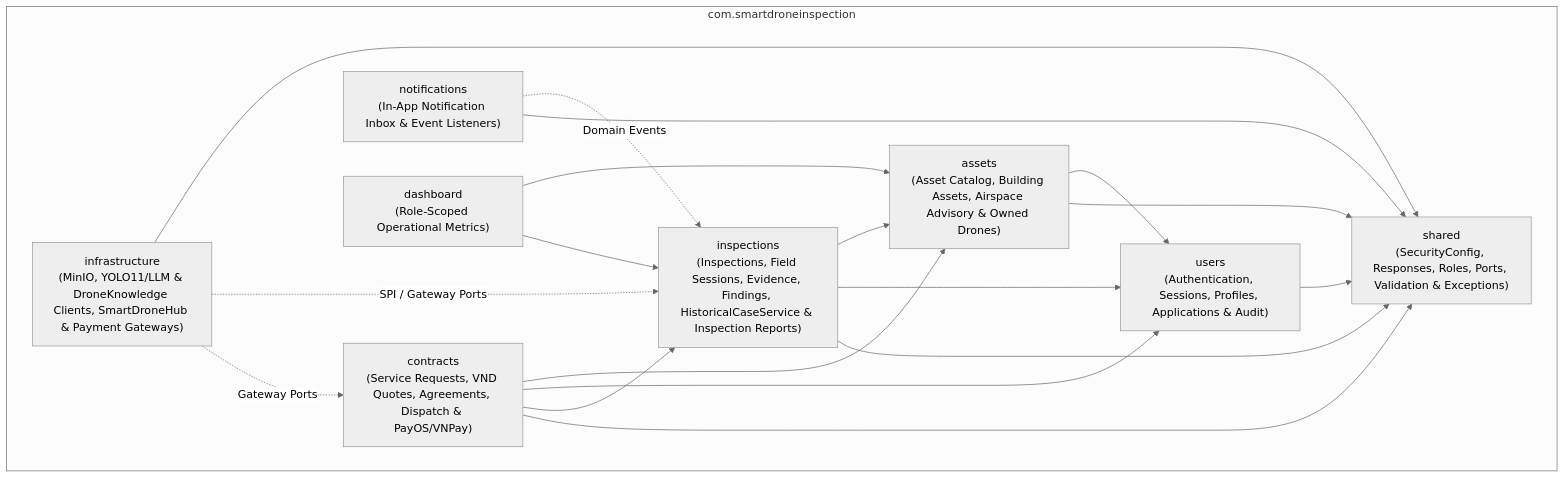
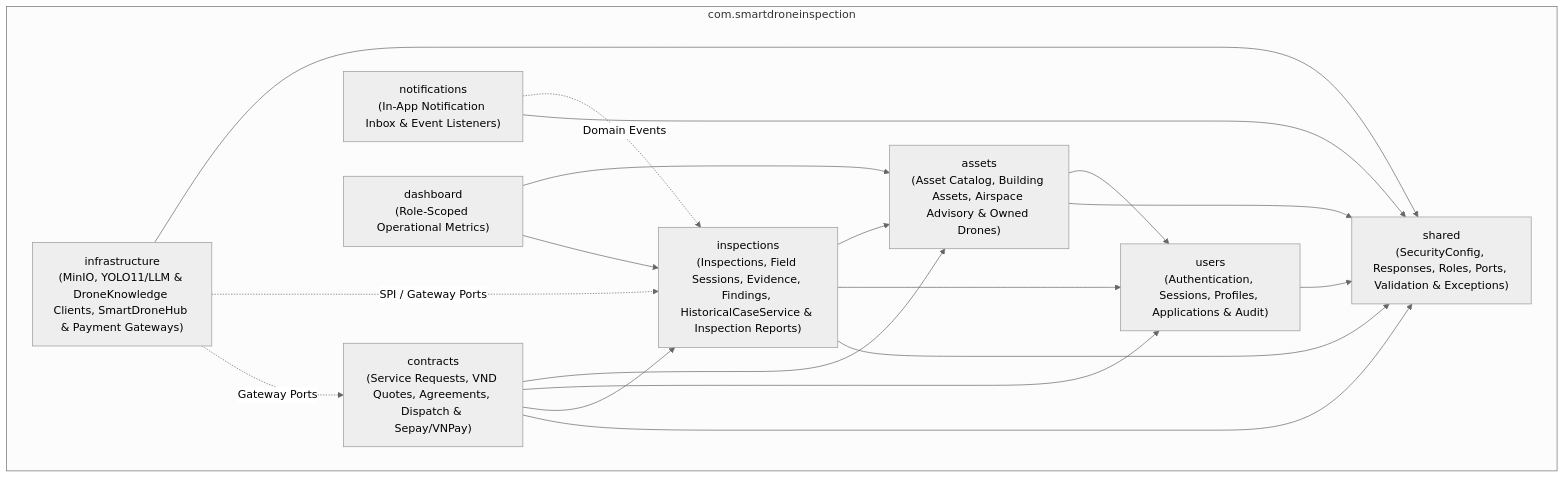
One commit to tungbach12/SmartDroneInspection-Docs changed the second of 4 diagrams in reports/report-4-software-design-document/01-system-design.md. Above: the diagram before and after it, drawn with Mermaid (neutral theme). The commit also changed other lines of this file and 29 other files, not shown here.

Commit message:
docs(reports,diagrams): sync V67-V69 schema, Sepay/VNPay hardening, and ERD/state/package diagrams

````diff
--- a/reports/report-4-software-design-document/01-system-design.md
+++ b/reports/report-4-software-design-document/01-system-design.md
@@ -109,32 +109,32 @@
 ```mermaid
 %% title: Backend Subsystem Package Diagram
 flowchart TD
   subgraph RootPkg["com.smartdroneinspection"]
     USERS["users\n(Authentication, Sessions, Profiles, Applications & Audit)"]
-    CONTRACTS["contracts\n(Service Requests, VND Quotes, Agreements, Dispatch & PayOS/VNPay)"]
+    CONTRACTS["contracts\n(Service Requests, VND Quotes, Agreements, Dispatch & Sepay/VNPay)"]
     ASSETS["assets\n(Asset Catalog, Building Assets, Airspace Advisory & Owned Drones)"]
     INSPECTIONS["inspections\n(Inspections, Field Sessions, Evidence, Findings, HistoricalCaseService & Inspection Reports)"]
     NOTIFICATIONS["notifications\n(In-App Notification Inbox & Event Listeners)"]
     DASHBOARD["dashboard\n(Role-Scoped Operational Metrics)"]
     INFRASTRUCTURE["infrastructure\n(MinIO, YOLO11/LLM & DroneKnowledge Clients, SmartDroneHub & Payment Gateways)"]
     SHARED["shared\n(SecurityConfig, Responses, Roles, Ports, Validation & Exceptions)"]
   end
 
   CONTRACTS --> ASSETS
   CONTRACTS --> USERS
   CONTRACTS --> INSPECTIONS
   ASSETS --> USERS
   INSPECTIONS --> ASSETS
   INSPECTIONS --> USERS
   NOTIFICATIONS -.->|"Domain Events"| INSPECTIONS
   DASHBOARD --> ASSETS
   DASHBOARD --> INSPECTIONS
   USERS --> SHARED
   CONTRACTS --> SHARED
   ASSETS --> SHARED
   INSPECTIONS --> SHARED
   NOTIFICATIONS --> SHARED
   INFRASTRUCTURE --> SHARED
   INFRASTRUCTURE -.->|"SPI / Gateway Ports"| INSPECTIONS
   INFRASTRUCTURE -.->|"Gateway Ports"| CONTRACTS
 ```
````
